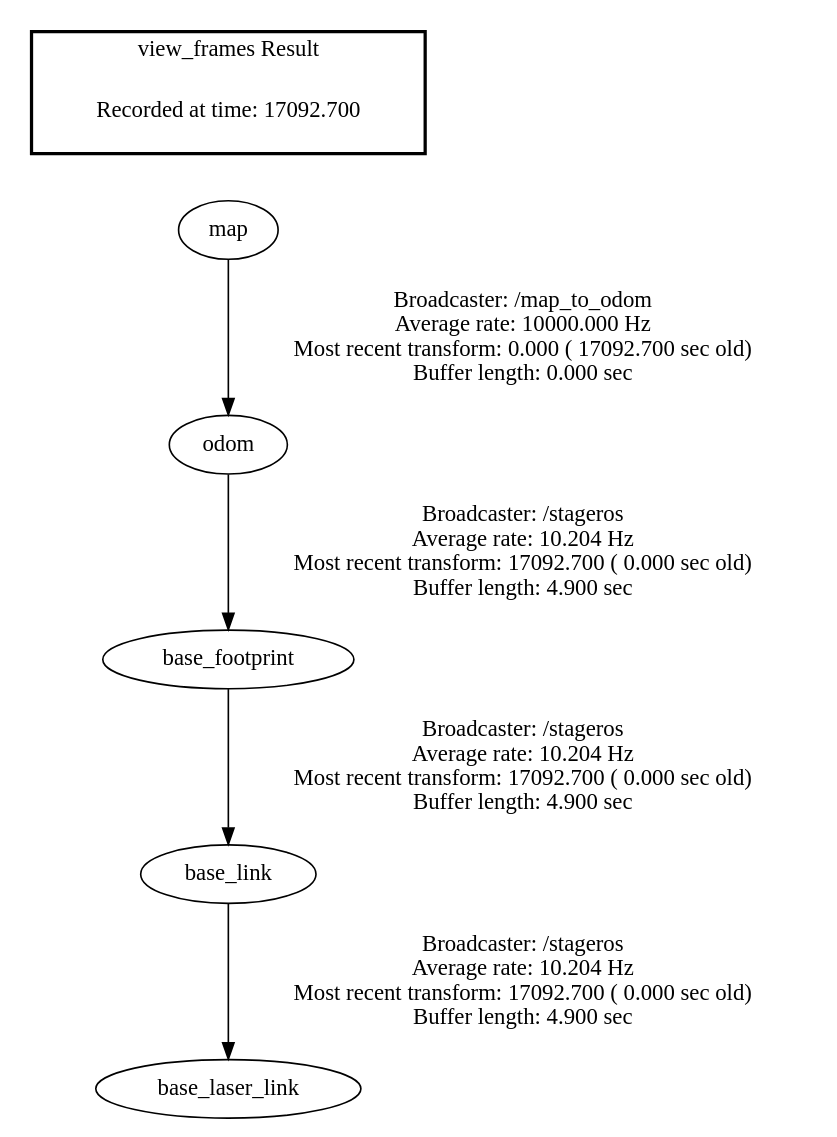
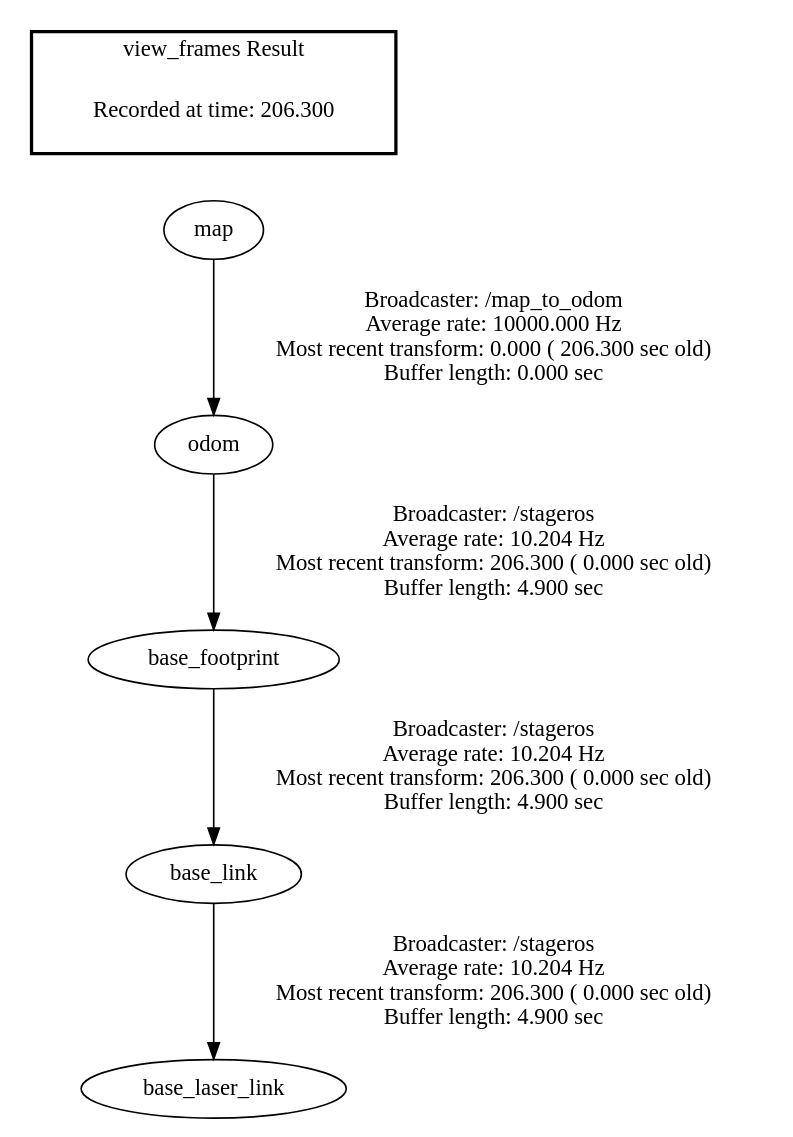
One commit to vmazashvili/ros_project changed the diagram in frames.gv. Above: the diagram before and after it, drawn with Graphviz. The commit also changed 4 other files, not shown here.

```diff
--- a/frames.gv
+++ b/frames.gv
@@ -1,10 +1,10 @@
 digraph G {
-"map" -> "odom"[label="Broadcaster: /map_to_odom\nAverage rate: 10000.000 Hz\nMost recent transform: 0.000 ( 17092.700 sec old)\nBuffer length: 0.000 sec\n"];
-"base_link" -> "base_laser_link"[label="Broadcaster: /stageros\nAverage rate: 10.204 Hz\nMost recent transform: 17092.700 ( 0.000 sec old)\nBuffer length: 4.900 sec\n"];
-"base_footprint" -> "base_link"[label="Broadcaster: /stageros\nAverage rate: 10.204 Hz\nMost recent transform: 17092.700 ( 0.000 sec old)\nBuffer length: 4.900 sec\n"];
-"odom" -> "base_footprint"[label="Broadcaster: /stageros\nAverage rate: 10.204 Hz\nMost recent transform: 17092.700 ( 0.000 sec old)\nBuffer length: 4.900 sec\n"];
+"map" -> "odom"[label="Broadcaster: /map_to_odom\nAverage rate: 10000.000 Hz\nMost recent transform: 0.000 ( 206.300 sec old)\nBuffer length: 0.000 sec\n"];
+"base_link" -> "base_laser_link"[label="Broadcaster: /stageros\nAverage rate: 10.204 Hz\nMost recent transform: 206.300 ( 0.000 sec old)\nBuffer length: 4.900 sec\n"];
+"base_footprint" -> "base_link"[label="Broadcaster: /stageros\nAverage rate: 10.204 Hz\nMost recent transform: 206.300 ( 0.000 sec old)\nBuffer length: 4.900 sec\n"];
+"odom" -> "base_footprint"[label="Broadcaster: /stageros\nAverage rate: 10.204 Hz\nMost recent transform: 206.300 ( 0.000 sec old)\nBuffer length: 4.900 sec\n"];
 edge [style=invis];
  subgraph cluster_legend { style=bold; color=black; label ="view_frames Result";
-"Recorded at time: 17092.700"[ shape=plaintext ] ;
+"Recorded at time: 206.300"[ shape=plaintext ] ;
  }->"map";
 }
```
